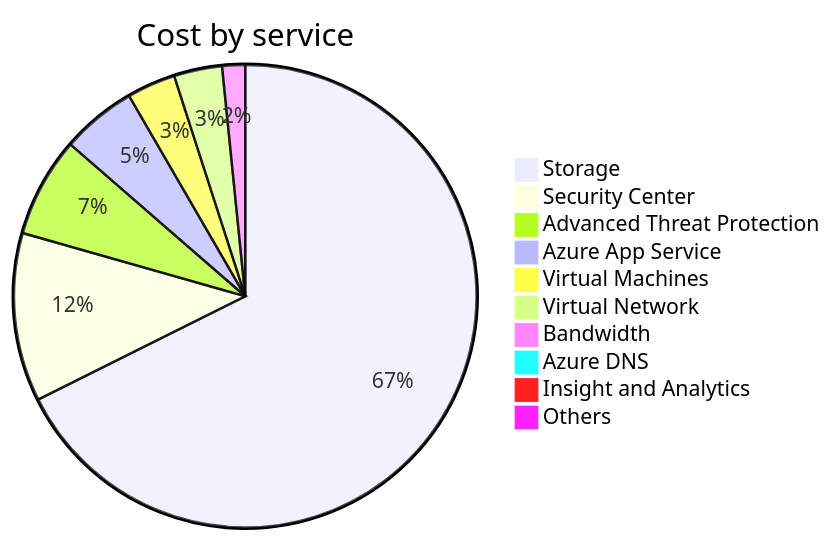
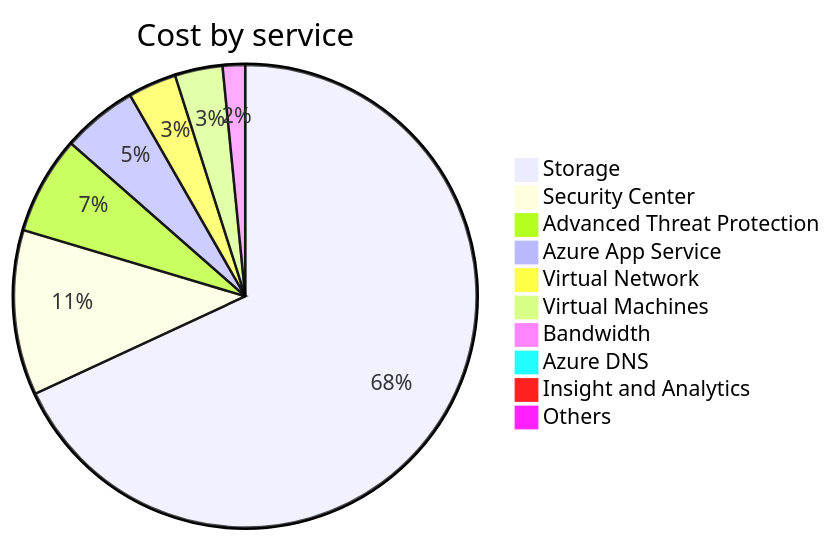
Before and after one commit to jpfulton/azure-personal-reports: the second of 4 diagrams in cost-reports/accumulated-cost.md, drawn with Mermaid. The commit also changed other lines of this file and 3 other files, not shown here.

````diff
--- a/cost-reports/accumulated-cost.md
+++ b/cost-reports/accumulated-cost.md
@@ -102,14 +102,14 @@
 ```mermaid
 pie
    title Cost by service
-   "Storage" : 113.69
+   "Storage" : 116.77
    "Security Center" : 19.78
-   "Advanced Threat Protection" : 11.73
-   "Azure App Service" : 8.83
+   "Advanced Threat Protection" : 11.74
+   "Azure App Service" : 9.02
+   "Virtual Network" : 5.80
    "Virtual Machines" : 5.71
-   "Virtual Network" : 5.66
    "Bandwidth" : 2.69
-   "Azure DNS" : 0.73
+   "Azure DNS" : 0.75
    "Insight and Analytics" : 0.00
    "Others" : 0.00
 ```
````
